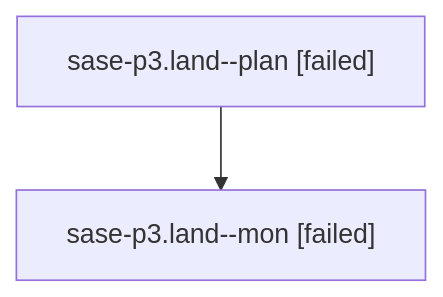
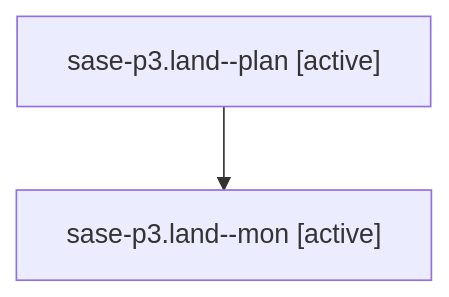
One commit to sase-org/sase--agents changed the diagram in families/bbugyi200.athena.sase-p3.land.md. Above: the diagram before and after it, drawn with Mermaid. The commit also changed other lines of this file and 35830 other files, not shown here.

````diff
--- a/families/bbugyi200.athena.sase-p3.land.md
+++ b/families/bbugyi200.athena.sase-p3.land.md
@@ -9,6 +9,6 @@
 ```mermaid
 flowchart TD
-  n0["sase-p3.land--plan [failed]"]
-  n1["sase-p3.land--mon [failed]"]
+  n0["sase-p3.land--plan [active]"]
+  n1["sase-p3.land--mon [active]"]
   n0 --> n1
 ```
````
